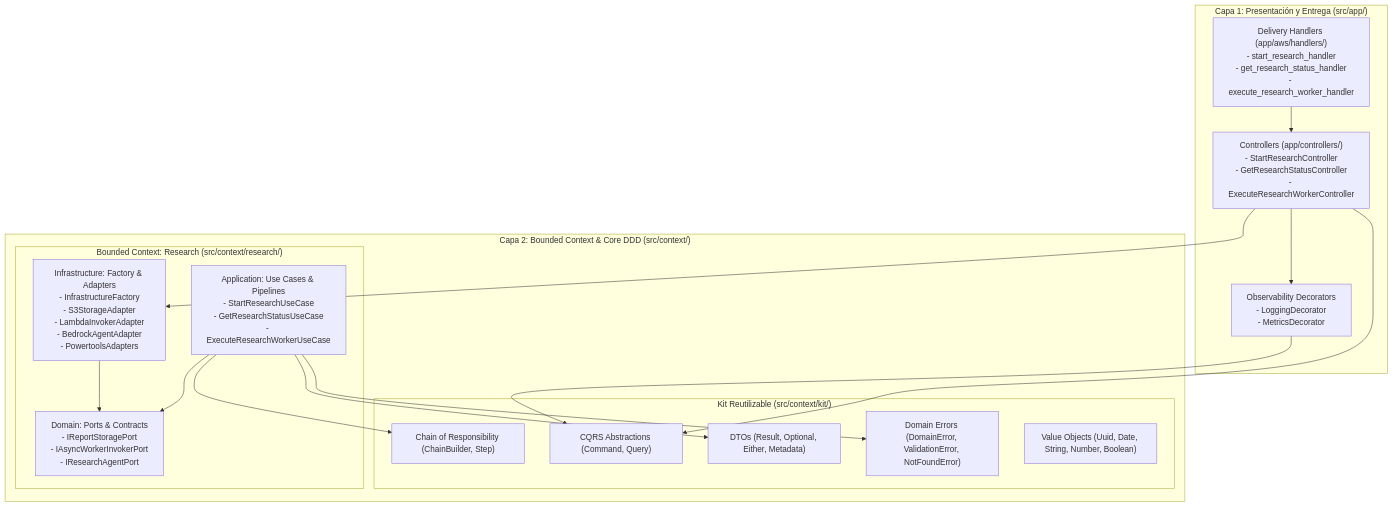
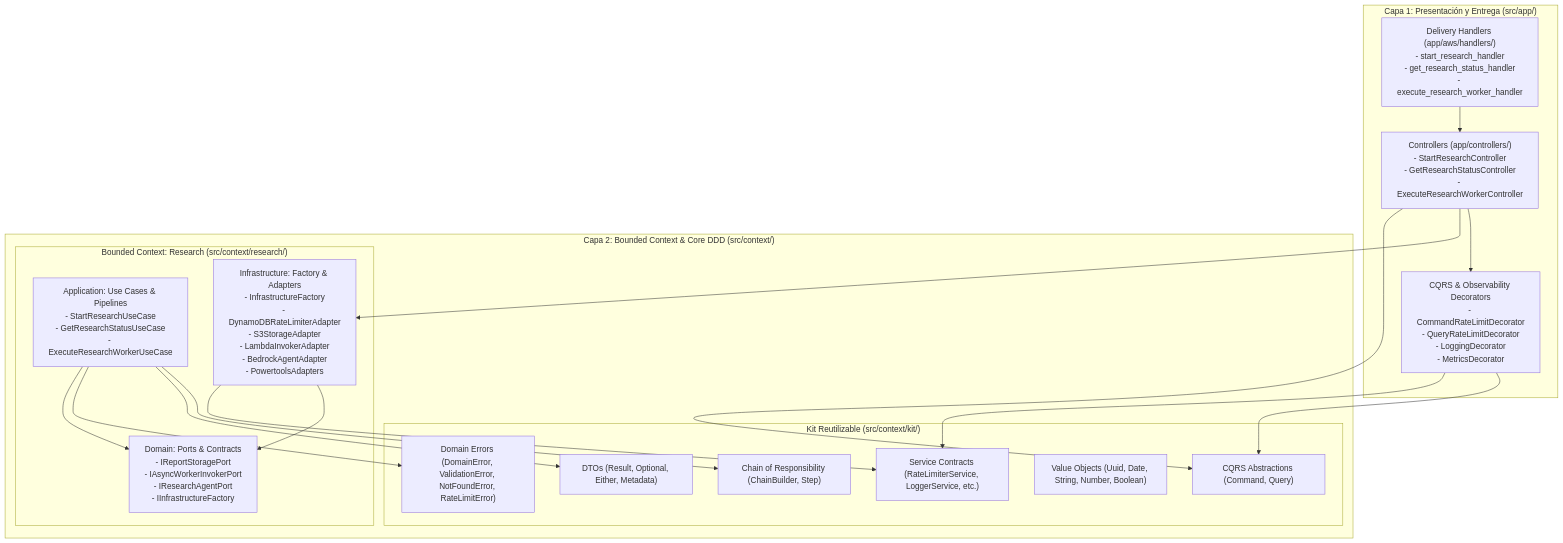
Before and after one commit to ruix-soft/serverless-research-agent-aws: the second of 5 diagrams in docs/architecture.md, drawn with Mermaid. The commit also changed other lines of this file and 16 other files, not shown here.

First line of the commit message:
feat(security): implement distributed rate limiting with DynamoDB and CQRS decorators

````diff
--- a/docs/architecture.md
+++ b/docs/architecture.md
@@ -52,35 +58,38 @@
 ```mermaid
 graph TD
     subgraph AppLayer ["Capa 1: Presentación y Entrega (src/app/)"]
         Handlers["Delivery Handlers (app/aws/handlers/)<br/>- start_research_handler<br/>- get_research_status_handler<br/>- execute_research_worker_handler"]
         Controllers["Controllers (app/controllers/)<br/>- StartResearchController<br/>- GetResearchStatusController<br/>- ExecuteResearchWorkerController"]
-        Decorators["Observability Decorators<br/>- LoggingDecorator<br/>- MetricsDecorator"]
+        Decorators["CQRS & Observability Decorators<br/>- CommandRateLimitDecorator<br/>- QueryRateLimitDecorator<br/>- LoggingDecorator<br/>- MetricsDecorator"]
     end
 
     subgraph ContextLayer ["Capa 2: Bounded Context & Core DDD (src/context/)"]
         subgraph KitModule ["Kit Reutilizable (src/context/kit/)"]
             Chain["Chain of Responsibility (ChainBuilder, Step)"]
             CQRS["CQRS Abstractions (Command, Query)"]
             DTOs["DTOs (Result, Optional, Either, Metadata)"]
-            Errors["Domain Errors (DomainError, ValidationError, NotFoundError)"]
+            Errors["Domain Errors (DomainError, ValidationError, NotFoundError, RateLimitError)"]
             VOs["Value Objects (Uuid, Date, String, Number, Boolean)"]
+            Services["Service Contracts (RateLimiterService, LoggerService, etc.)"]
         end
 
         subgraph ResearchContext ["Bounded Context: Research (src/context/research/)"]
             UseCases["Application: Use Cases & Pipelines<br/>- StartResearchUseCase<br/>- GetResearchStatusUseCase<br/>- ExecuteResearchWorkerUseCase"]
-            DomainPorts["Domain: Ports & Contracts<br/>- IReportStoragePort<br/>- IAsyncWorkerInvokerPort<br/>- IResearchAgentPort"]
-            InfraFactory["Infrastructure: Factory & Adapters<br/>- InfrastructureFactory<br/>- S3StorageAdapter<br/>- LambdaInvokerAdapter<br/>- BedrockAgentAdapter<br/>- PowertoolsAdapters"]
+            DomainPorts["Domain: Ports & Contracts<br/>- IReportStoragePort<br/>- IAsyncWorkerInvokerPort<br/>- IResearchAgentPort<br/>- IInfrastructureFactory"]
+            InfraFactory["Infrastructure: Factory & Adapters<br/>- InfrastructureFactory<br/>- DynamoDBRateLimiterAdapter<br/>- S3StorageAdapter<br/>- LambdaInvokerAdapter<br/>- BedrockAgentAdapter<br/>- PowertoolsAdapters"]
         end
     end
 
     Handlers --> Controllers
     Controllers --> Decorators
     Controllers --> InfraFactory
     Controllers --> CQRS
     Decorators --> CQRS
+    Decorators --> Services
     UseCases --> Chain
     UseCases --> DTOs
     UseCases --> Errors
     UseCases --> DomainPorts
     InfraFactory --> DomainPorts
+    InfraFactory --> Services
 ```
````
